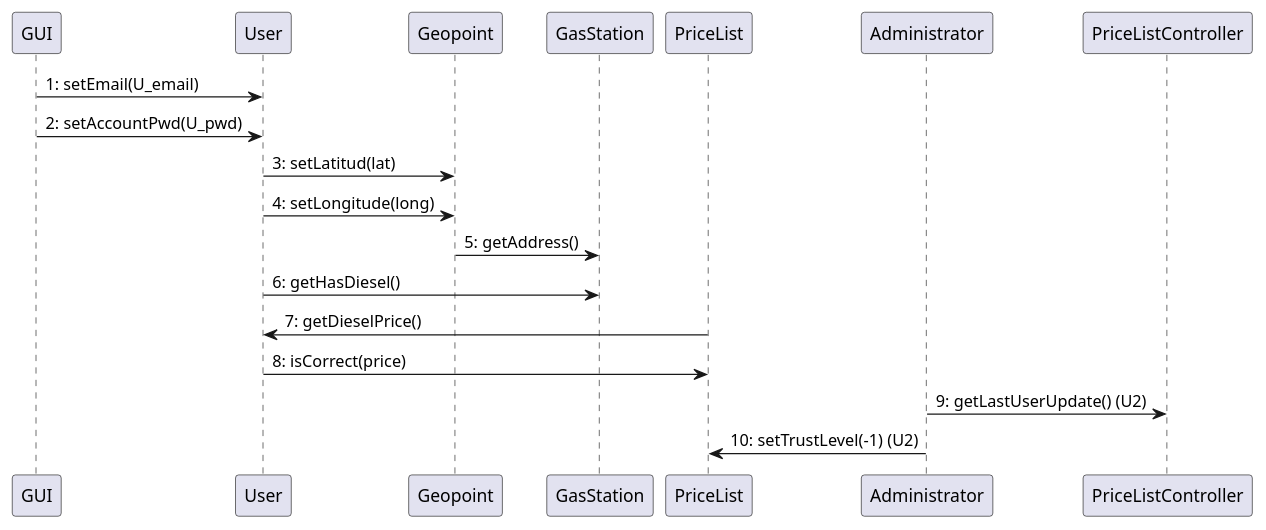
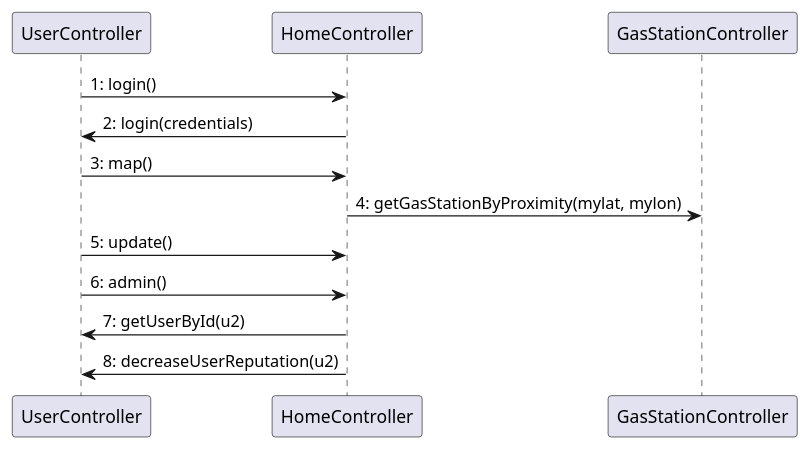
Before and after one commit to LucaOddoneSE/EZGas: the sixth of 6 diagrams in docs/DesignDocument.md, drawn with PlantUML. The commit also changed other lines of this file, not shown here.

Commit message:
docs: update sequence diagrams

````diff
--- a/docs/DesignDocument.md
+++ b/docs/DesignDocument.md
@@ -651,21 +642,12 @@
 ```plantuml
 @startuml
-GUI -> User : 1: setEmail(U_email)
-GUI -> User : 2: setAccountPwd(U_pwd)
-
-User -> Geopoint : 3: setLatitud(lat)
-User -> Geopoint : 4: setLongitude(long)
-
-Geopoint -> GasStation : 5: getAddress()
-
-User -> GasStation : 6: getHasDiesel()
-
-User <- PriceList : 7: getDieselPrice()
-
-User -> PriceList : 8: isCorrect(price)
-
-Administrator -> PriceListController: 9: getLastUserUpdate() (U2)
-
-PriceList <- Administrator : 10: setTrustLevel(-1) (U2)
+UserController -> HomeController : 1: login()
+UserController <- HomeController : 2: login(credentials)
+UserController -> HomeController : 3: map()
+HomeController -> GasStationController : 4: getGasStationByProximity(mylat, mylon)
+UserController -> HomeController : 5: update()
+UserController -> HomeController : 6: admin()
+UserController <- HomeController : 7: getUserById(u2)
+UserController <- HomeController : 8: decreaseUserReputation(u2)
 @enduml
 ```
````
